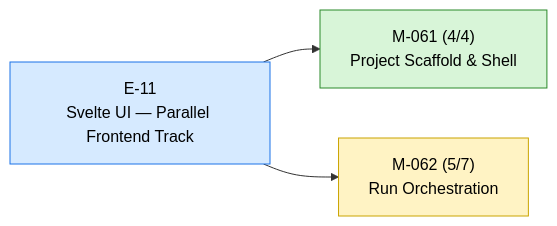
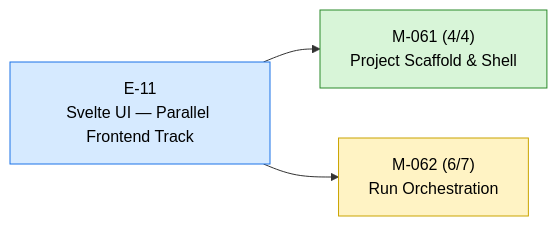
One commit to 23min/FlowTime changed the diagram in STATUS.md. Above: the diagram before and after it, drawn with Mermaid. The commit also changed other lines of this file and 1 other file, not shown here.

````diff
--- a/STATUS.md
+++ b/STATUS.md
@@ -12,14 +12,14 @@
 ```mermaid
 flowchart LR
   E_11["E-11<br/>Svelte UI — Parallel Frontend Track"]:::epic_active
   M_061["M-061 (4/4)<br/>Project Scaffold & Shell"]:::ms_done
   E_11 --> M_061
-  M_062["M-062 (5/7)<br/>Run Orchestration"]:::ms_in_progress
+  M_062["M-062 (6/7)<br/>Run Orchestration"]:::ms_in_progress
   E_11 --> M_062
   classDef epic_active fill:#d6eaff,stroke:#1a73e8,color:#000
   classDef epic_proposed fill:#f4f4f4,stroke:#888,color:#000
   classDef ms_done fill:#d8f5d8,stroke:#2a8a2a,color:#000
   classDef ms_in_progress fill:#fff3c4,stroke:#caa400,color:#000
   classDef ms_draft fill:#f4f4f4,stroke:#888,color:#000
   classDef ms_cancelled fill:#fbeaea,stroke:#c33,color:#000
 ```
````
